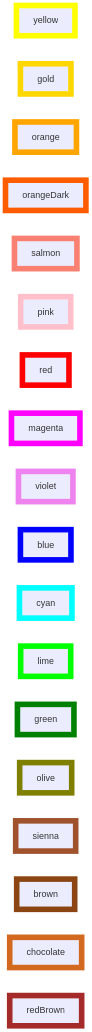
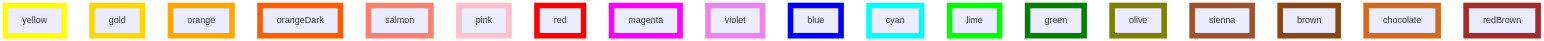
The second of 2 diagrams in files/fill-and-stroke-colors.md (Ee-Cs/Ee-Cs.github.io), drawn with Mermaid before and after one commit. The commit also changed other lines of this file, not shown here.

````diff
--- a/files/fill-and-stroke-colors.md
+++ b/files/fill-and-stroke-colors.md
@@ -27,40 +27,40 @@
 ```mermaid
-flowchart LR
+flowchart
     yellow:::yellow
     gold:::gold
     orange:::orange
     orangeDark:::orangeDark
     salmon:::salmon
     pink:::pink
     red:::red
     magenta:::magenta
     violet:::violet
     blue:::blue
     cyan:::cyan
     lime:::lime
     green:::green
     olive:::olive
     sienna:::sienna
     brown:::brown
     chocolate:::chocolate
     redBrown:::redBrown
 %% Styles
     classDef brown stroke:saddlebrown,stroke-width:10px
     classDef blue stroke:blue,stroke-width:10px
     classDef chocolate stroke:chocolate,stroke-width:10px
     classDef cyan stroke:cyan,stroke-width:10px
     classDef gold stroke:gold,stroke-width:10px
     classDef green stroke:green,stroke-width:10px
     classDef lime stroke:lime,stroke-width:10px
     classDef magenta stroke:magenta,stroke-width:10px
     classDef olive stroke:olive,stroke-width:10px
     classDef orange stroke:orange,stroke-width:10px
     classDef orangeDark stroke:#FF5C00,stroke-width:10px
     classDef pink stroke:pink,stroke-width:10px
     classDef red stroke:red,stroke-width:10px
     classDef redBrown stroke:brown,stroke-width:10px
     classDef salmon stroke:salmon,stroke-width:10px
     classDef sienna stroke:sienna,stroke-width:10px
     classDef violet stroke:violet,stroke-width:10px
     classDef yellow stroke:yellow,stroke-width:10px
 ```
````
